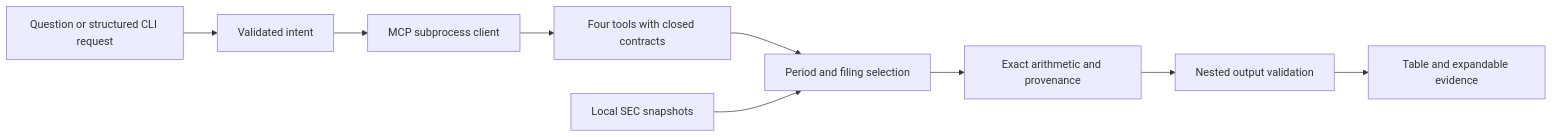
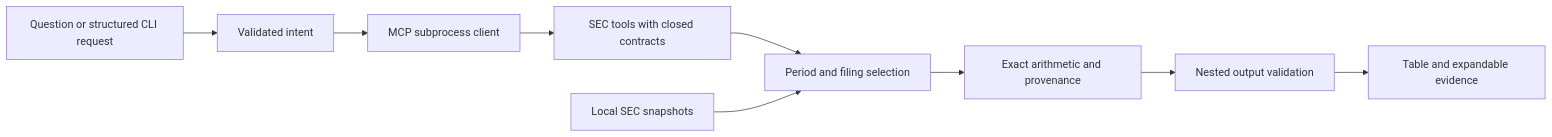
Before and after one commit to RahilBhavan/financial-metrics-analyst: the diagram in WALKTHROUGH.md, drawn with Mermaid. The commit also changed other lines of this file and 7 other files, not shown here.

````diff
--- a/WALKTHROUGH.md
+++ b/WALKTHROUGH.md
@@ -13,11 +15,11 @@
 ```mermaid
 flowchart LR
     Q[Question or structured CLI request] --> I[Validated intent]
     I --> C[MCP subprocess client]
-    C --> T[Four tools with closed contracts]
+    C --> T[SEC tools with closed contracts]
     T --> S[Period and filing selection]
     D[Local SEC snapshots] --> S
     S --> A[Exact arithmetic and provenance]
     A --> V[Nested output validation]
     V --> R[Table and expandable evidence]
 ```
````
